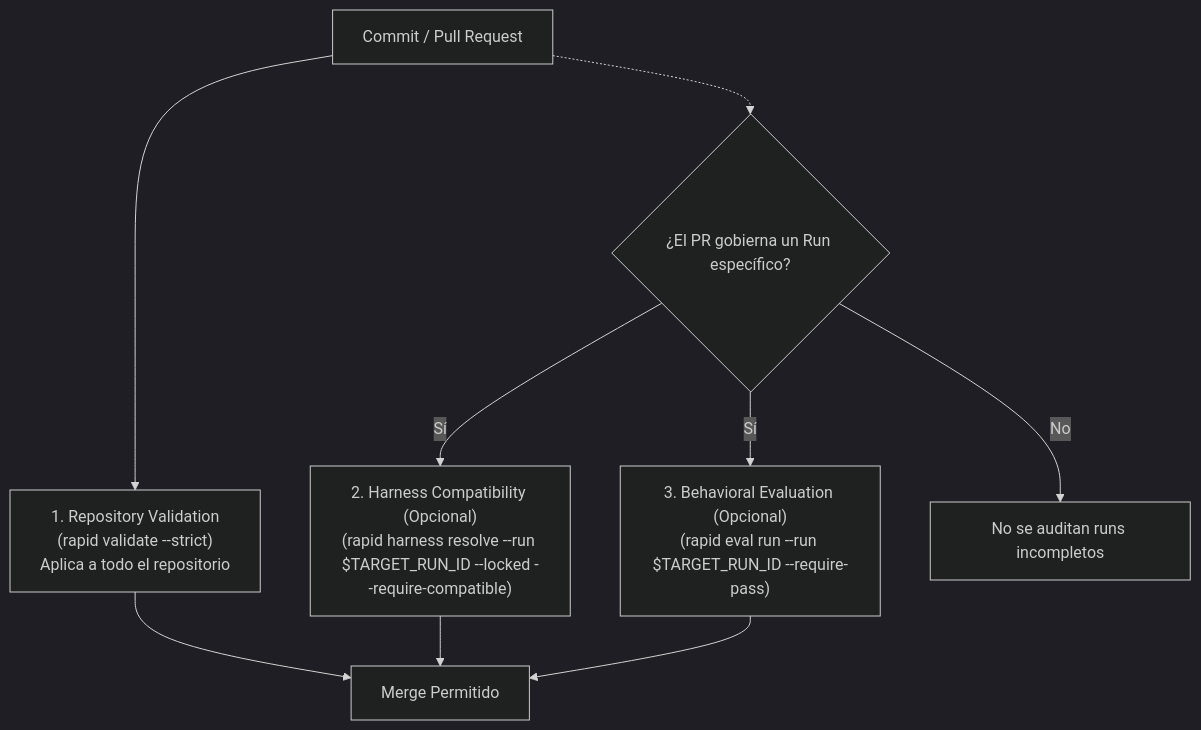
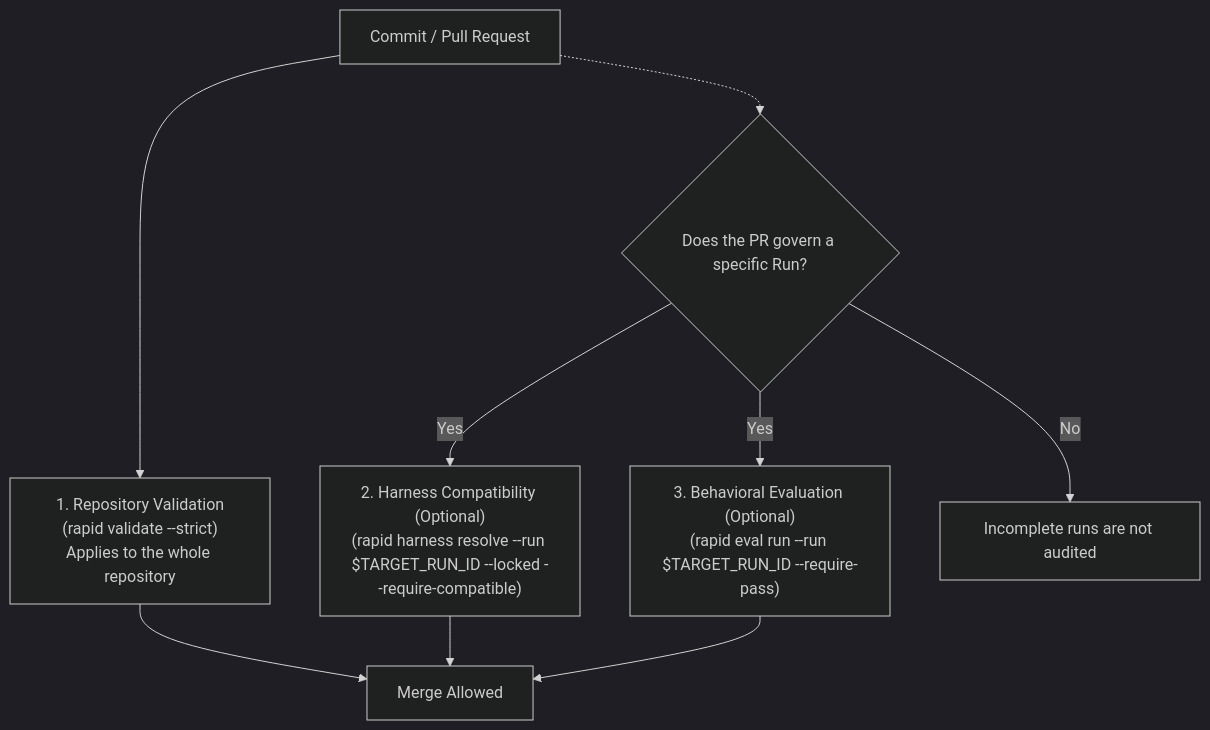
The diagram in docs/guides/ci-cd-integration.md (alyconr/Rapid-OS), drawn with Mermaid (dark theme) before and after one commit. The commit also changed other lines of this file and 81 other files, not shown here.

````diff
--- a/docs/guides/ci-cd-integration.md
+++ b/docs/guides/ci-cd-integration.md
@@ -16,13 +16,13 @@
 ```mermaid
 flowchart TD
-    Commit["Commit / Pull Request"] --> V1["1. Repository Validation\n(rapid validate --strict)\nAplica a todo el repositorio"]
+    Commit["Commit / Pull Request"] --> V1["1. Repository Validation\n(rapid validate --strict)\nApplies to the whole repository"]
     
-    Commit -.-> RunTarget{"¿El PR gobierna un Run específico?"}
-    RunTarget -- Sí --> V2["2. Harness Compatibility (Opcional)\n(rapid harness resolve --run $TARGET_RUN_ID --locked --require-compatible)"]
-    RunTarget -- Sí --> V3["3. Behavioral Evaluation (Opcional)\n(rapid eval run --run $TARGET_RUN_ID --require-pass)"]
-    RunTarget -- No --> Skip["No se auditan runs incompletos"]
+    Commit -.-> RunTarget{"Does the PR govern a specific Run?"}
+    RunTarget -- Yes --> V2["2. Harness Compatibility (Optional)\n(rapid harness resolve --run $TARGET_RUN_ID --locked --require-compatible)"]
+    RunTarget -- Yes --> V3["3. Behavioral Evaluation (Optional)\n(rapid eval run --run $TARGET_RUN_ID --require-pass)"]
+    RunTarget -- No --> Skip["Incomplete runs are not audited"]
     
-    V1 --> Merge["Merge Permitido"]
+    V1 --> Merge["Merge Allowed"]
     V2 --> Merge
     V3 --> Merge
 ```
````
